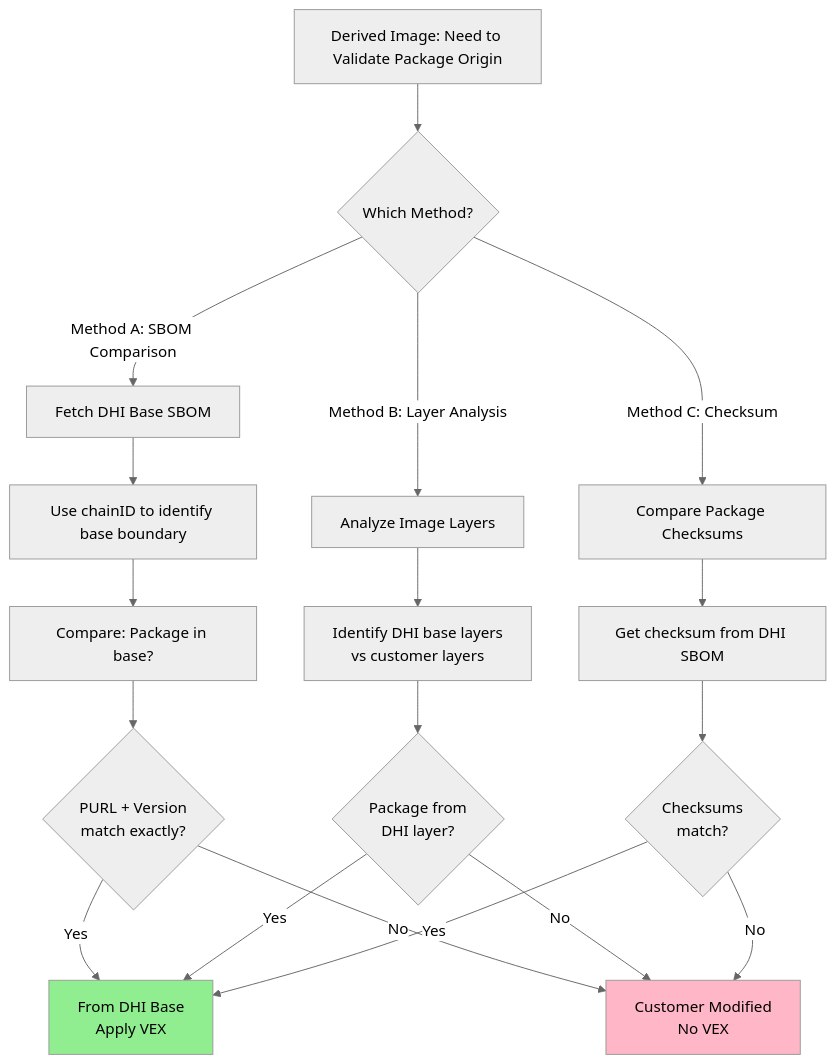
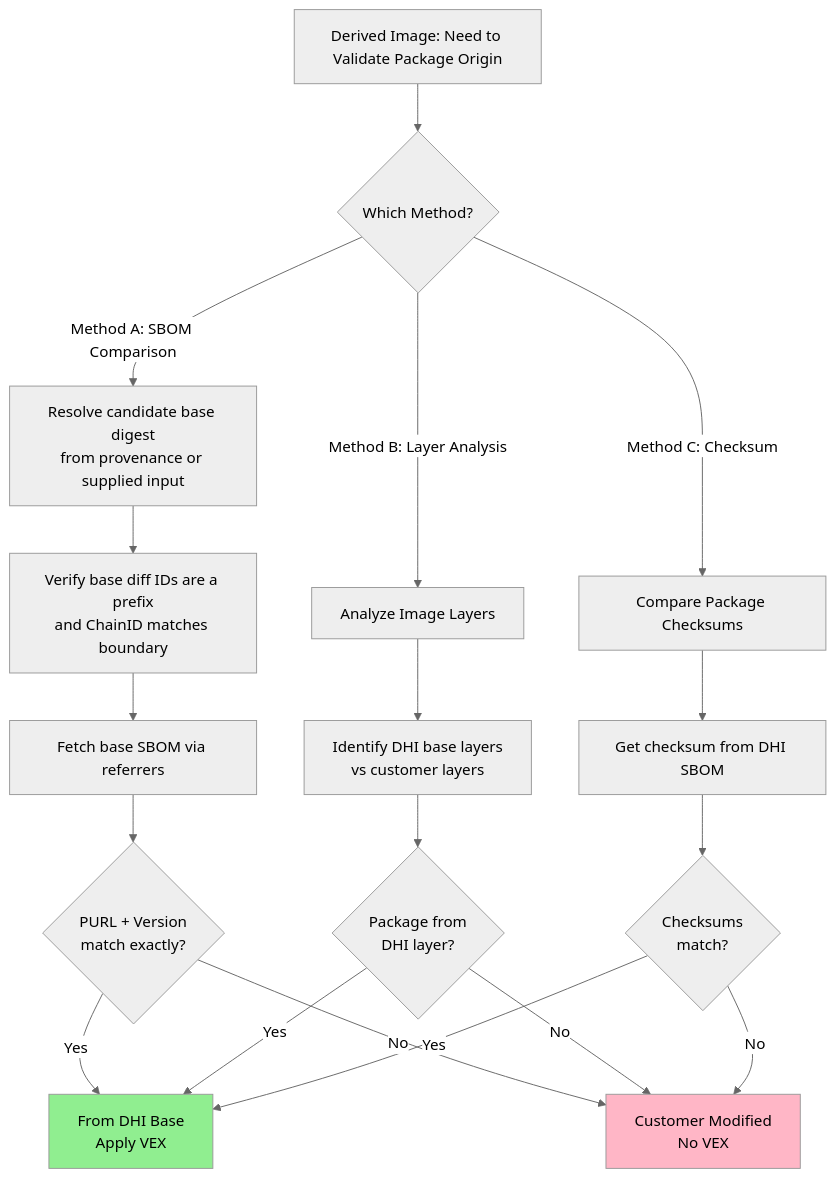
Before and after one commit to docker-hardened-images/advisories: the seventh of 9 diagrams in integration/current-production/docs/decision-trees.md, drawn with Mermaid (neutral theme). The commit also changed other lines of this file and 11 other files, not shown here.

Commit message:
docs: explain derived DHI base discovery

````diff
--- a/integration/current-production/docs/decision-trees.md
+++ b/integration/current-production/docs/decision-trees.md
@@ -184,26 +190,26 @@
 ```mermaid
 graph TD
     A[Derived Image: Need to Validate Package Origin] --> B{Which Method?}
     
-    B -->|Method A: SBOM Comparison| C[Fetch DHI Base SBOM]
-    C --> C1[Use chainID to identify base boundary]
-    C1 --> C2[Compare: Package in base?]
+    B -->|Method A: SBOM Comparison| C[Resolve candidate base digest<br/>from provenance or supplied input]
+    C --> C1[Verify base diff IDs are a prefix<br/>and ChainID matches boundary]
+    C1 --> C2[Fetch base SBOM via referrers]
     C2 --> C3{PURL + Version<br/>match exactly?}
     C3 -->|Yes| D[From DHI Base<br/>Apply VEX]
     C3 -->|No| E[Customer Modified<br/>No VEX]
     
     B -->|Method B: Layer Analysis| F[Analyze Image Layers]
     F --> F1[Identify DHI base layers<br/>vs customer layers]
     F1 --> F2{Package from<br/>DHI layer?}
     F2 -->|Yes| D
     F2 -->|No| E
     
     B -->|Method C: Checksum| G[Compare Package Checksums]
     G --> G1[Get checksum from DHI SBOM]
     G1 --> G2{Checksums<br/>match?}
     G2 -->|Yes| D
     G2 -->|No| E
     
     style D fill:#90EE90
     style E fill:#FFB6C6
 ```
````
